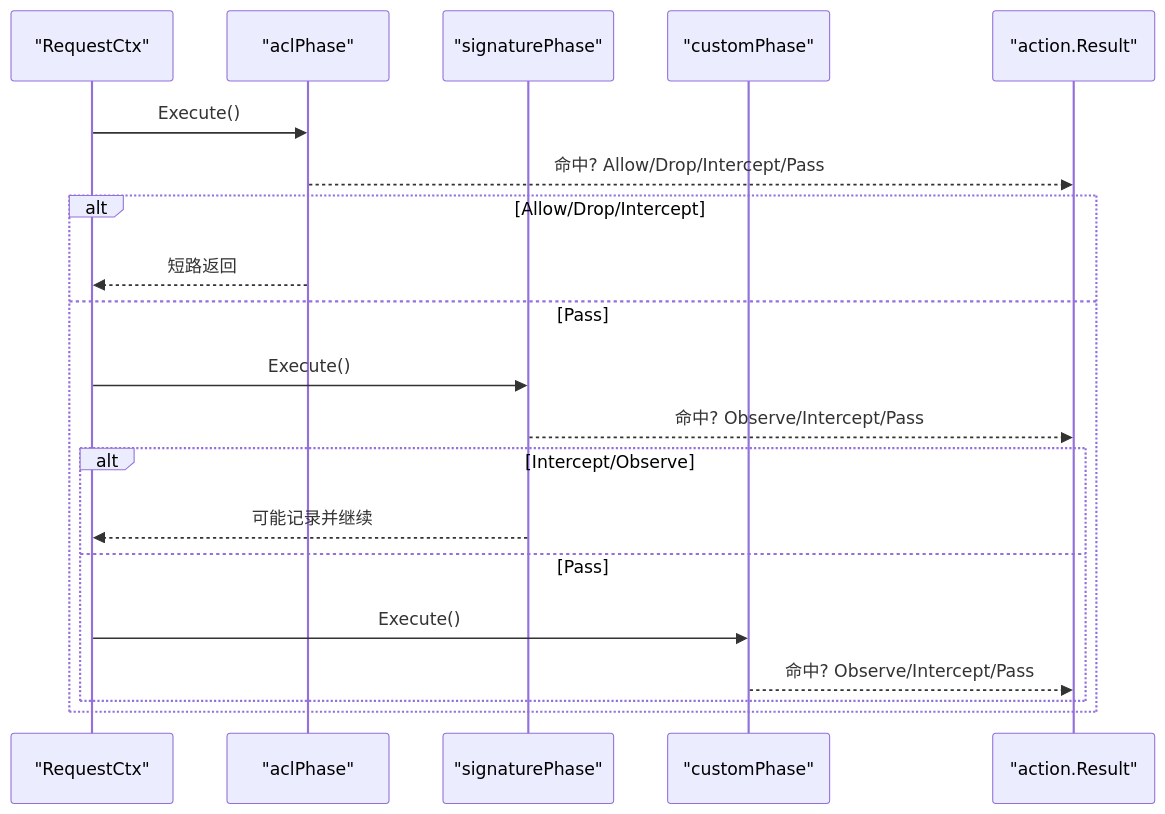
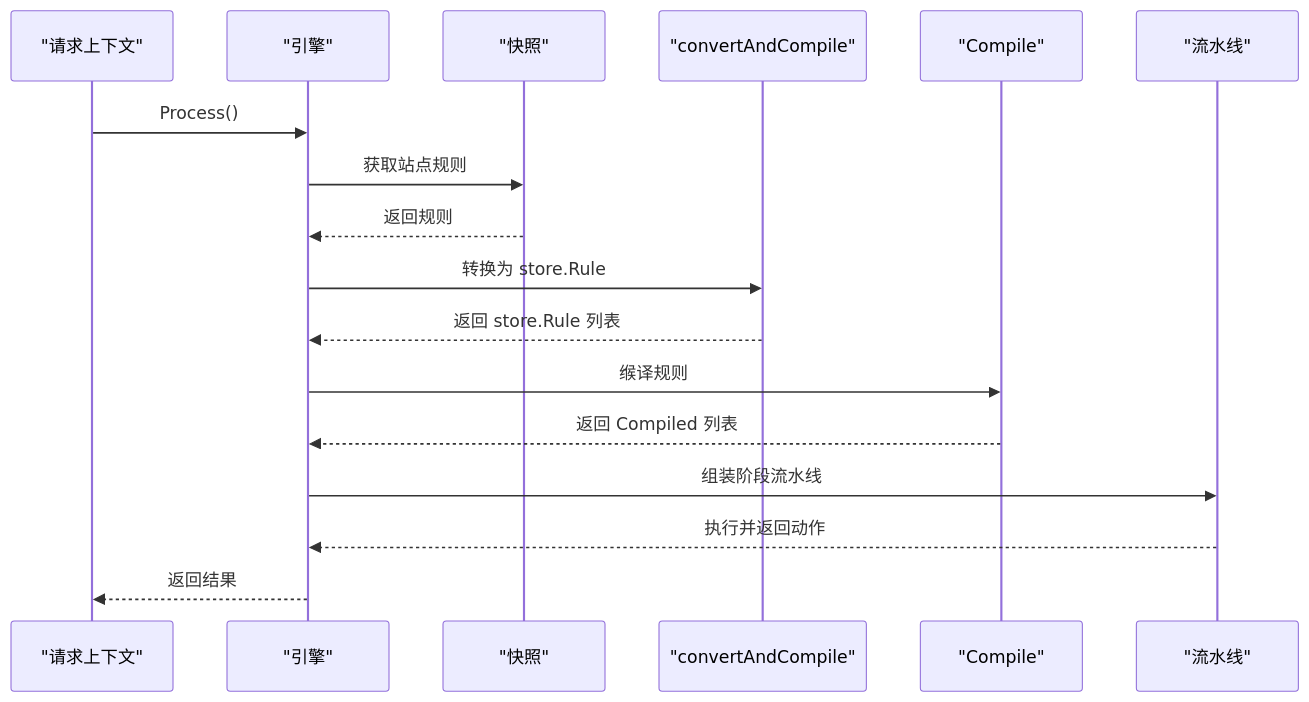
Before and after one commit to x01n/My-OpenWaf: the eighth of 9 diagrams in docs/WAF 引擎系统/规则编译器.md, drawn with Mermaid. The commit also changed other lines of this file and 199 other files, not shown here.

````diff
--- a/docs/WAF 引擎系统/规则编译器.md
+++ b/docs/WAF 引擎系统/规则编译器.md
@@ -269,22 +343,19 @@
 ```mermaid
 sequenceDiagram
-participant Req as "RequestCtx"
-participant ACL as "aclPhase"
-participant Sig as "signaturePhase"
-participant Cust as "customPhase"
-participant Act as "action.Result"
-Req->>ACL : Execute()
-ACL-->>Act : 命中? Allow/Drop/Intercept/Pass
-alt Allow/Drop/Intercept
-ACL-->>Req : 短路返回
-else Pass
-Req->>Sig : Execute()
-Sig-->>Act : 命中? Observe/Intercept/Pass
-alt Intercept/Observe
-Sig-->>Req : 可能记录并继续
-else Pass
-Req->>Cust : Execute()
-Cust-->>Act : 命中? Observe/Intercept/Pass
-end
-end
+participant REQ as "请求上下文"
+participant ENG as "引擎"
+participant SNAP as "快照"
+participant CONV as "convertAndCompile"
+participant COMP as "Compile"
+participant PIPE as "流水线"
+REQ->>ENG : Process()
+ENG->>SNAP : 获取站点规则
+SNAP-->>ENG : 返回规则
+ENG->>CONV : 转换为 store.Rule
+CONV-->>ENG : 返回 store.Rule 列表
+ENG->>COMP : 缑译规则
+COMP-->>ENG : 返回 Compiled 列表
+ENG->>PIPE : 组装阶段流水线
+PIPE-->>ENG : 执行并返回动作
+ENG-->>REQ : 返回结果
 ```
````
